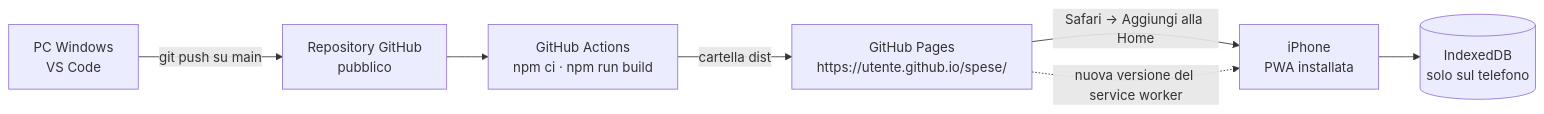
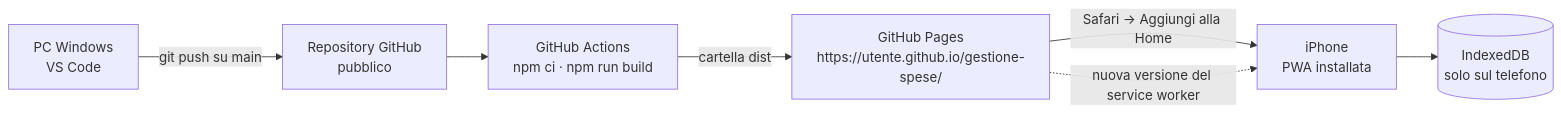
One commit to fumaroladamiano/gestione-spese changed the fifth of 7 diagrams in docs/proposta-app-spese.md. Above: the diagram before and after it, drawn with Mermaid. The commit also changed other lines of this file and 9 other files, not shown here.

````diff
--- a/docs/proposta-app-spese.md
+++ b/docs/proposta-app-spese.md
@@ -896,9 +914,9 @@
 ```mermaid
 flowchart LR
     DEV["PC Windows<br/>VS Code"] -->|git push su main| GH["Repository GitHub<br/>pubblico"]
     GH --> ACT["GitHub Actions<br/>npm ci · npm run build"]
-    ACT -->|cartella dist| PAGES["GitHub Pages<br/>https://utente.github.io/spese/"]
+    ACT -->|cartella dist| PAGES["GitHub Pages<br/>https://utente.github.io/gestione-spese/"]
     PAGES -->|"Safari → Aggiungi alla Home"| IPH["iPhone<br/>PWA installata"]
     PAGES -.->|"nuova versione del service worker"| IPH
     IPH --> DB[("IndexedDB<br/>solo sul telefono")]
 ```
````
